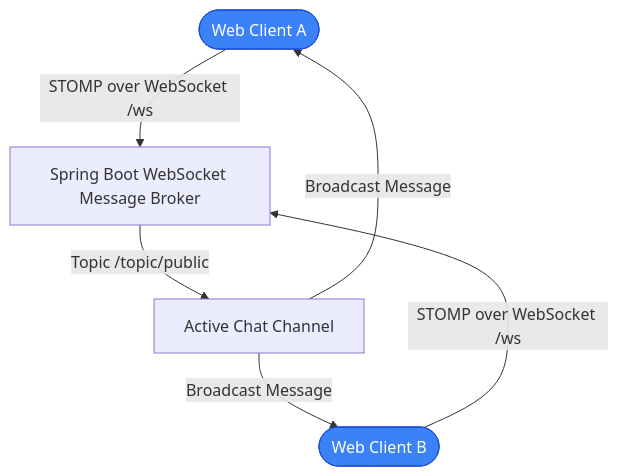
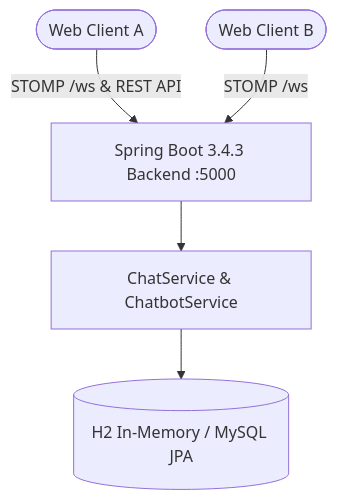
Before and after one commit to StratagemVX/Cloud-AAT: the diagram in README.md, drawn with Mermaid. The commit also changed other lines of this file, not shown here.

````diff
--- a/README.md
+++ b/README.md
@@ -31,10 +29,7 @@
 ```mermaid
 flowchart TD
-    ClientA([Web Client A]):::client -->|STOMP over WebSocket /ws| Broker[Spring Boot WebSocket Message Broker]
-    ClientB([Web Client B]):::client -->|STOMP over WebSocket /ws| Broker
-    Broker -->|Topic /topic/public| Channel[Active Chat Channel]
-    Channel -->|Broadcast Message| ClientA
-    Channel -->|Broadcast Message| ClientB
-
-    classDef client fill:#3b82f6,stroke:#1d4ed8,color:#fff;
+    ClientA([Web Client A]) -->|STOMP /ws & REST API| Broker[Spring Boot 3.4.3 Backend :5000]
+    ClientB([Web Client B]) -->|STOMP /ws| Broker
+    Broker --> ChatSvc[ChatService & ChatbotService]
+    ChatSvc --> DB[(H2 In-Memory / MySQL JPA)]
 ```
````
